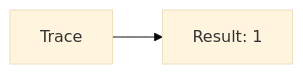
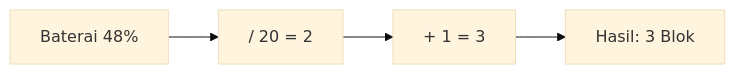
Before and after one commit to amnahwaida/OSNK_INF_PREP: the diagram in part-c-pemahaman-cpp/01-tipe-data/latihan/set-02.md, drawn with Mermaid (base theme). The commit also changed other lines of this file and 12 other files, not shown here.

````diff
--- a/part-c-pemahaman-cpp/01-tipe-data/latihan/set-02.md
+++ b/part-c-pemahaman-cpp/01-tipe-data/latihan/set-02.md
@@ -22,4 +73,6 @@
 ```mermaid
 graph LR
-A[Trace] --> B[Result: 1]
+A["Baterai 48%"] --> B["/ 20 = 2"]
+B --> C["+ 1 = 3"]
+C --> D["Hasil: 3 Blok"]
 ```
````
